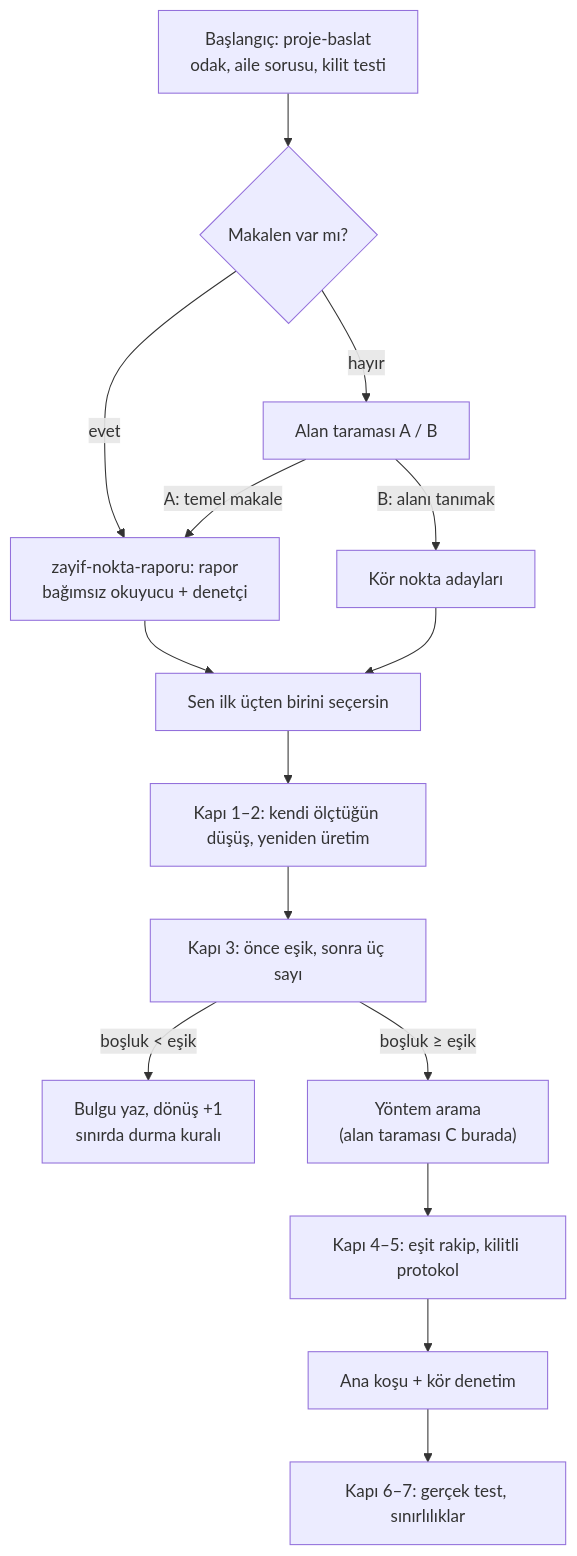
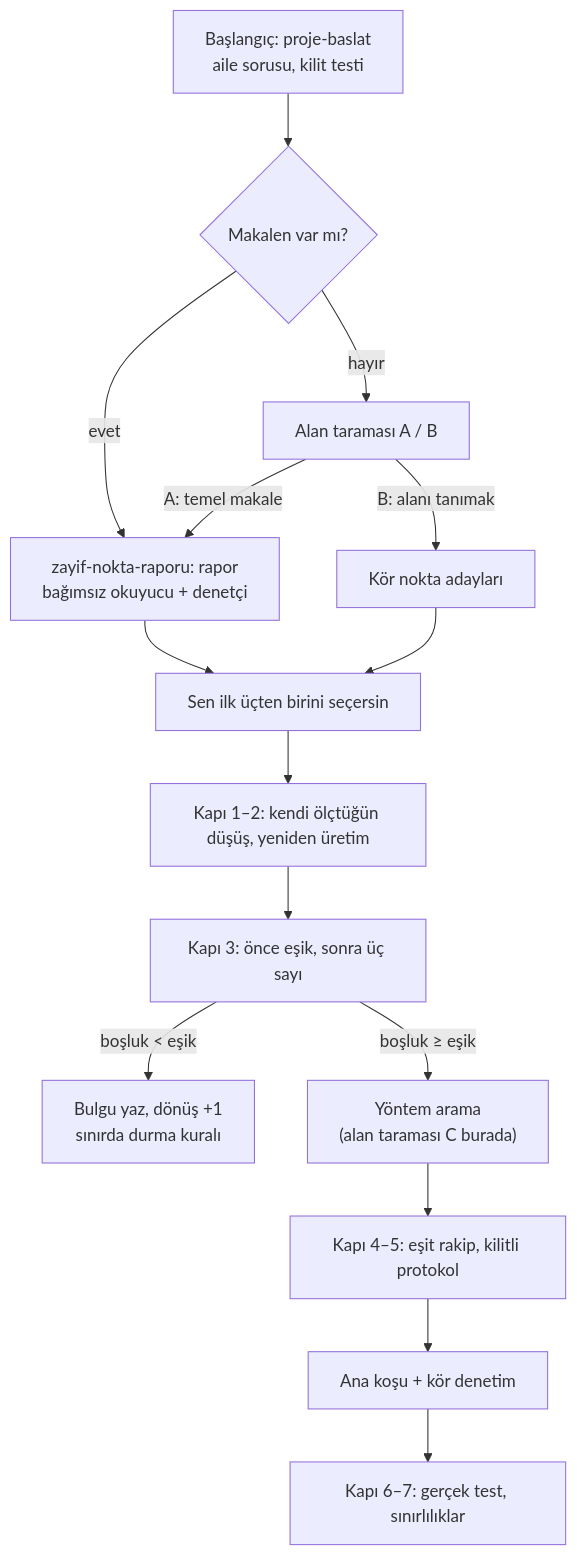
The diagram in README.md (burhanbarakli/arastirma-sablonu), drawn with Mermaid before and after one commit. The commit also changed other lines of this file and 11 other files, not shown here.

````diff
--- a/README.md
+++ b/README.md
@@ -73,17 +73,17 @@
 ```mermaid
 flowchart TD
-  B["Başlangıç: proje-baslat<br/>odak, aile sorusu, kilit testi"] --> Q{Makalen var mı?}
+  B["Başlangıç: proje-baslat<br/>aile sorusu, kilit testi"] --> Q{Makalen var mı?}
   Q -- evet --> R["zayif-nokta-raporu: rapor<br/>bağımsız okuyucu + denetçi"]
   Q -- hayır --> T["Alan taraması A / B"]
   T -- "A: temel makale" --> R
   T -- "B: alanı tanımak" --> K["Kör nokta adayları"]
   R --> S["Sen ilk üçten birini seçersin"]
   K --> S
   S --> K1["Kapı 1–2: kendi ölçtüğün düşüş, yeniden üretim"]
   K1 --> K3["Kapı 3: önce eşik, sonra üç sayı"]
   K3 -- "boşluk < eşik" --> F["Bulgu yaz, dönüş +1<br/>sınırda durma kuralı"]
   K3 -- "boşluk ≥ eşik" --> Y["Yöntem arama<br/>(alan taraması C burada)"]
   Y --> K45["Kapı 4–5: eşit rakip, kilitli protokol"]
   K45 --> A["Ana koşu + kör denetim"]
   A --> K67["Kapı 6–7: gerçek test, sınırlılıklar"]
 ```
````
